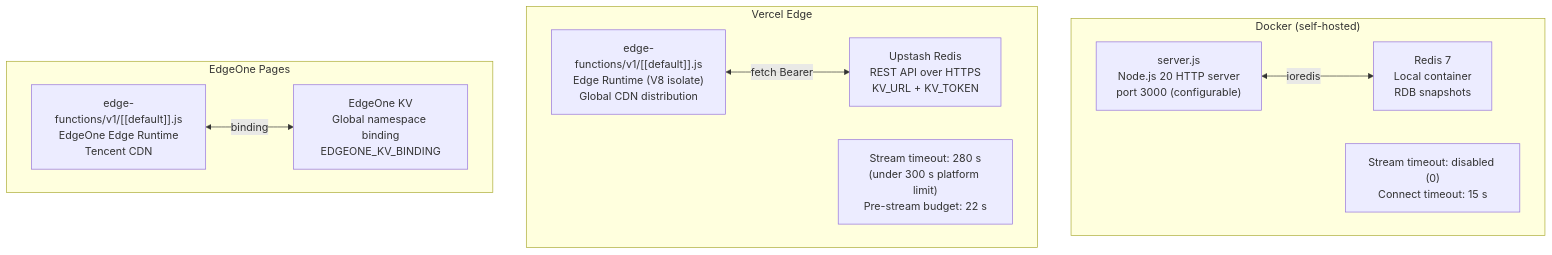
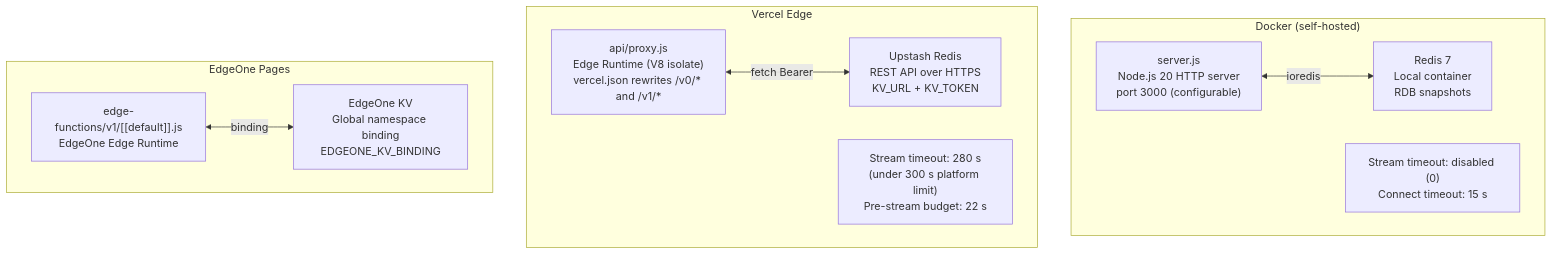
The third of 5 diagrams in doc/auth-and-deployment.md (lqdflying/cursorProxy), drawn with Mermaid before and after one commit. The commit also changed other lines of this file and 7 other files, not shown here.

````diff
--- a/doc/auth-and-deployment.md
+++ b/doc/auth-and-deployment.md
@@ -50,22 +50,22 @@
 ```mermaid
 flowchart TD
     subgraph "Docker (self-hosted)"
         D_ENTRY["server.js\nNode.js 20 HTTP server\nport 3000 (configurable)"]
         D_KV["Redis 7\nLocal container\nRDB snapshots"]
         D_TIMEOUT["Stream timeout: disabled (0)\nConnect timeout: 15 s"]
         D_ENTRY <-->|ioredis| D_KV
     end
 
     subgraph "Vercel Edge"
-        V_ENTRY["edge-functions/v1/[[default]].js\nEdge Runtime (V8 isolate)\nGlobal CDN distribution"]
+        V_ENTRY["api/proxy.js\nEdge Runtime (V8 isolate)\nvercel.json rewrites /v0/* and /v1/*"]
         V_KV["Upstash Redis\nREST API over HTTPS\nKV_URL + KV_TOKEN"]
         V_TIMEOUT["Stream timeout: 280 s\n(under 300 s platform limit)\nPre-stream budget: 22 s"]
         V_ENTRY <-->|fetch Bearer| V_KV
     end
 
     subgraph "EdgeOne Pages"
-        E_ENTRY["edge-functions/v1/[[default]].js\nEdgeOne Edge Runtime\nTencent CDN"]
+        E_ENTRY["edge-functions/v1/[[default]].js\nEdgeOne Edge Runtime"]
         E_KV["EdgeOne KV\nGlobal namespace binding\nEDGEONE_KV_BINDING"]
         E_ENTRY <-->|binding| E_KV
     end
 ```
````
